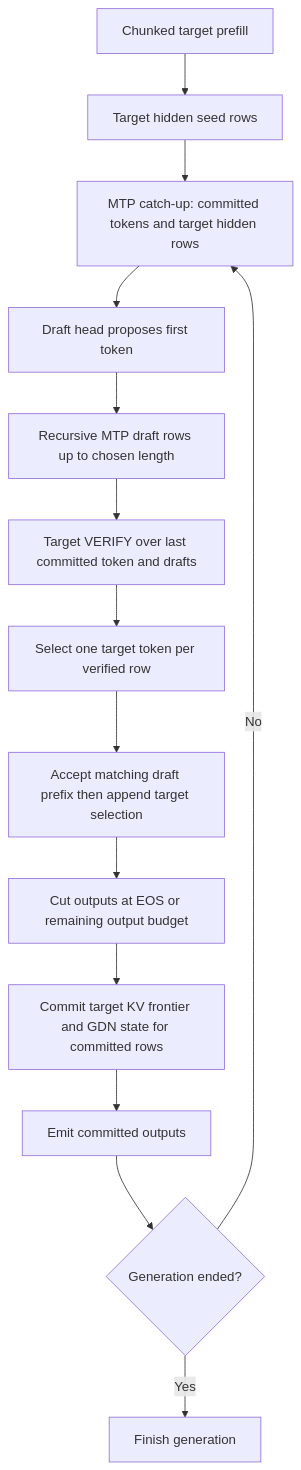
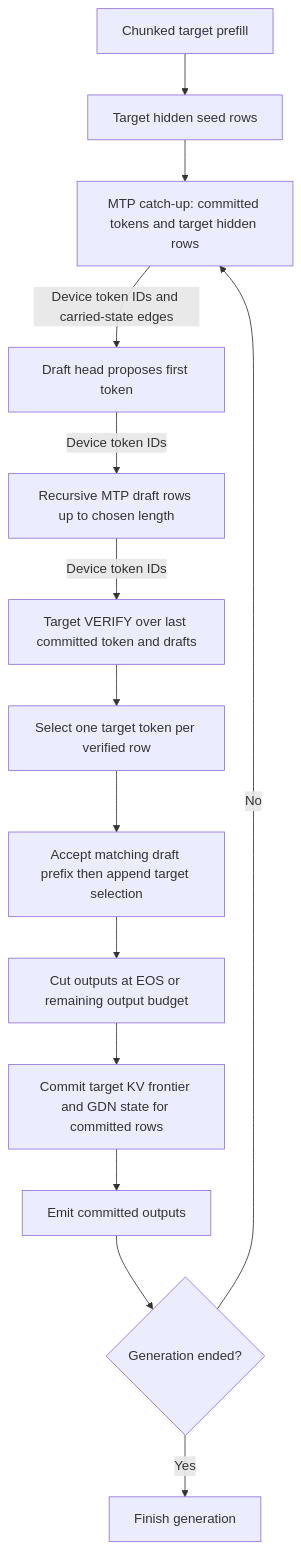
One commit to Euhedral-Engine/Euhedral changed the diagram in docs/architecture/05-speculative-decoding.md. Above: the diagram before and after it, drawn with Mermaid. The commit also changed other lines of this file and 10 other files, not shown here.

Commit message:
docs: refresh architecture against current runtime and startup

````diff
--- a/docs/architecture/05-speculative-decoding.md
+++ b/docs/architecture/05-speculative-decoding.md
@@ -5,16 +5,16 @@
 ```mermaid
 flowchart TD
     Prompt[Chunked target prefill] --> Seed[Target hidden seed rows]
     Seed --> Catch[MTP catch-up: committed tokens and target hidden rows]
-    Catch --> First[Draft head proposes first token]
-    First --> Recursive[Recursive MTP draft rows up to chosen length]
-    Recursive --> Verify[Target VERIFY over last committed token and drafts]
+    Catch -->|Device token IDs and carried-state edges| First[Draft head proposes first token]
+    First -->|Device token IDs| Recursive[Recursive MTP draft rows up to chosen length]
+    Recursive -->|Device token IDs| Verify[Target VERIFY over last committed token and drafts]
     Verify --> Select[Select one target token per verified row]
     Select --> Accept[Accept matching draft prefix then append target selection]
     Accept --> Limit[Cut outputs at EOS or remaining output budget]
     Limit --> Commit[Commit target KV frontier and GDN state for committed rows]
     Commit --> Emit[Emit committed outputs]
     Emit --> Done{Generation ended?}
     Done -->|No| Catch
     Done -->|Yes| Finish[Finish generation]
 ```
````
